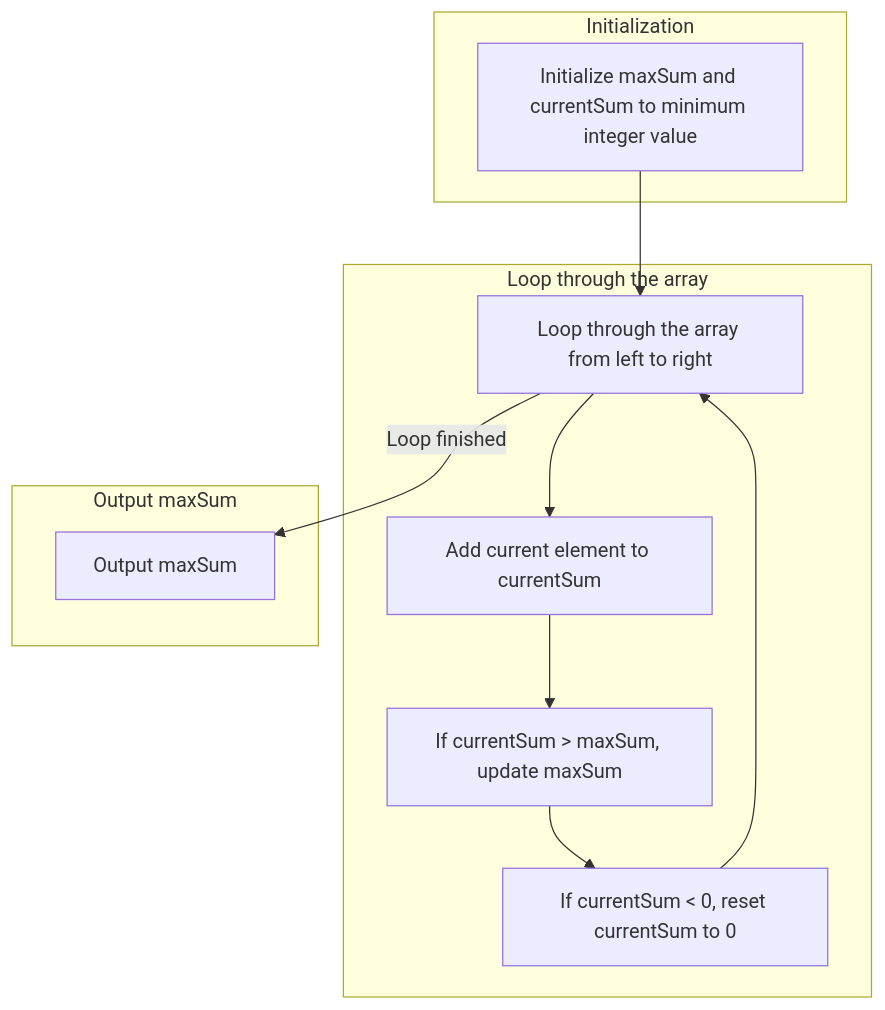
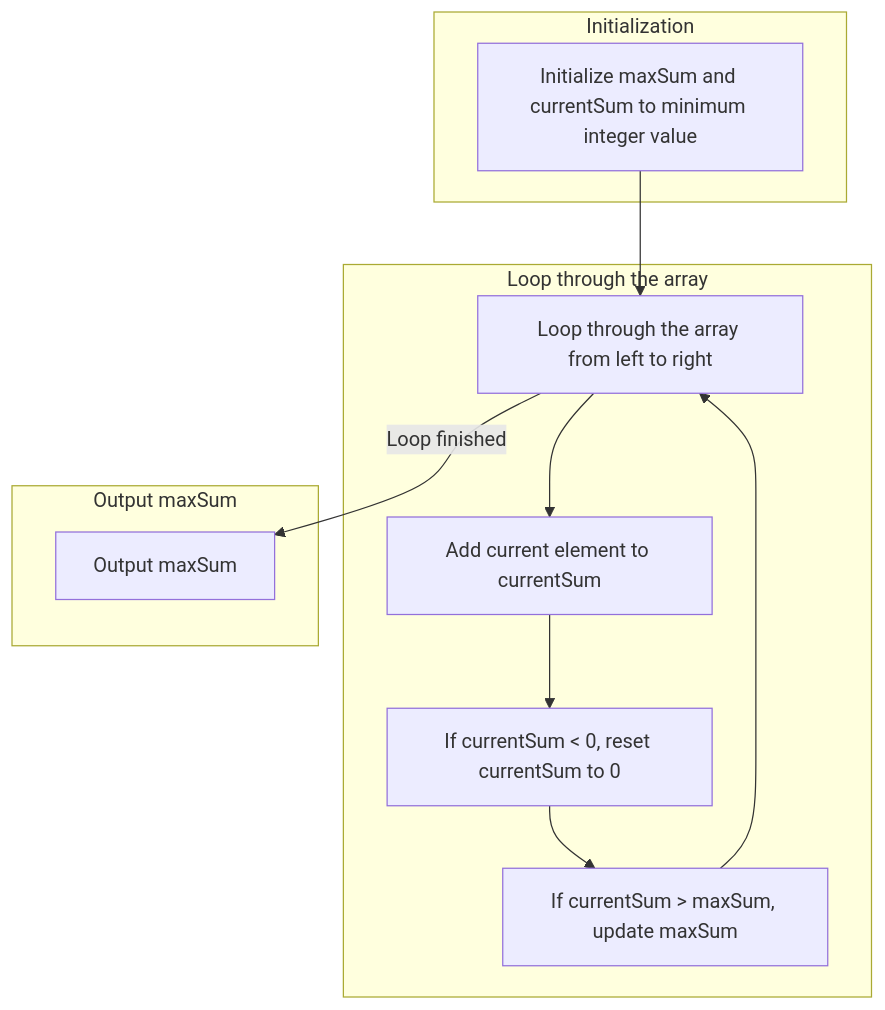
Before and after one commit to beemarsh/cpp_dsa: the diagram in subarray/challenges/maximum_sum_subarray/README.md, drawn with Mermaid. The commit also changed other lines of this file, not shown here.

Commit message:
Maximum Sum Sub array Flowchart fixed

````diff
--- a/subarray/challenges/maximum_sum_subarray/README.md
+++ b/subarray/challenges/maximum_sum_subarray/README.md
@@ -70,25 +69,25 @@
 ```mermaid
 	graph TD
     subgraph Initialization
         A[Initialize maxSum and currentSum to minimum integer value]
     end
 
     subgraph Loop through the array
         B[Loop through the array from left to right]
         C[Add current element to currentSum]
-        D[If currentSum > maxSum, update maxSum]
-        E[If currentSum < 0, reset currentSum to 0]
+        D[If currentSum < 0, reset currentSum to 0]
+        E[If currentSum > maxSum, update maxSum]
     end
 
     subgraph Output maxSum
         F[Output maxSum]
     end
 
     A --> B
     B --> C
     C --> D
     D --> E
     E --> B
     B -->|Loop finished| F
 
 ```
````
